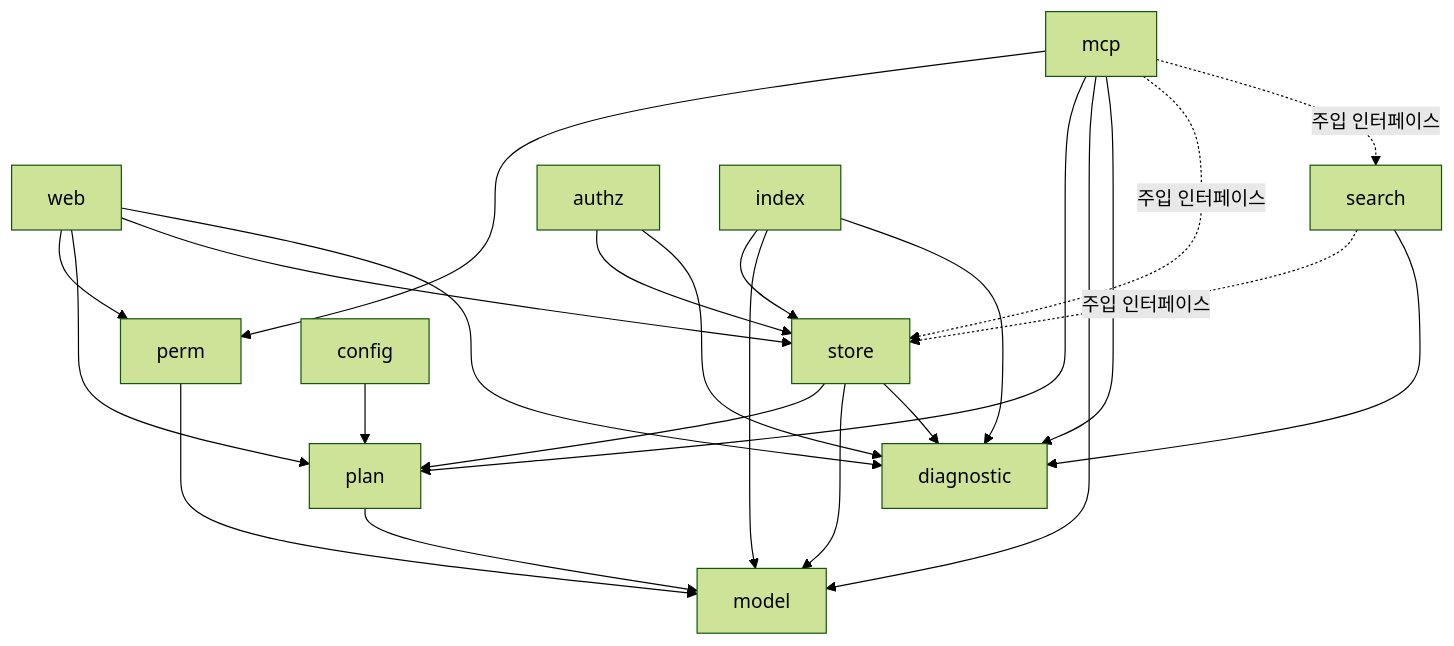
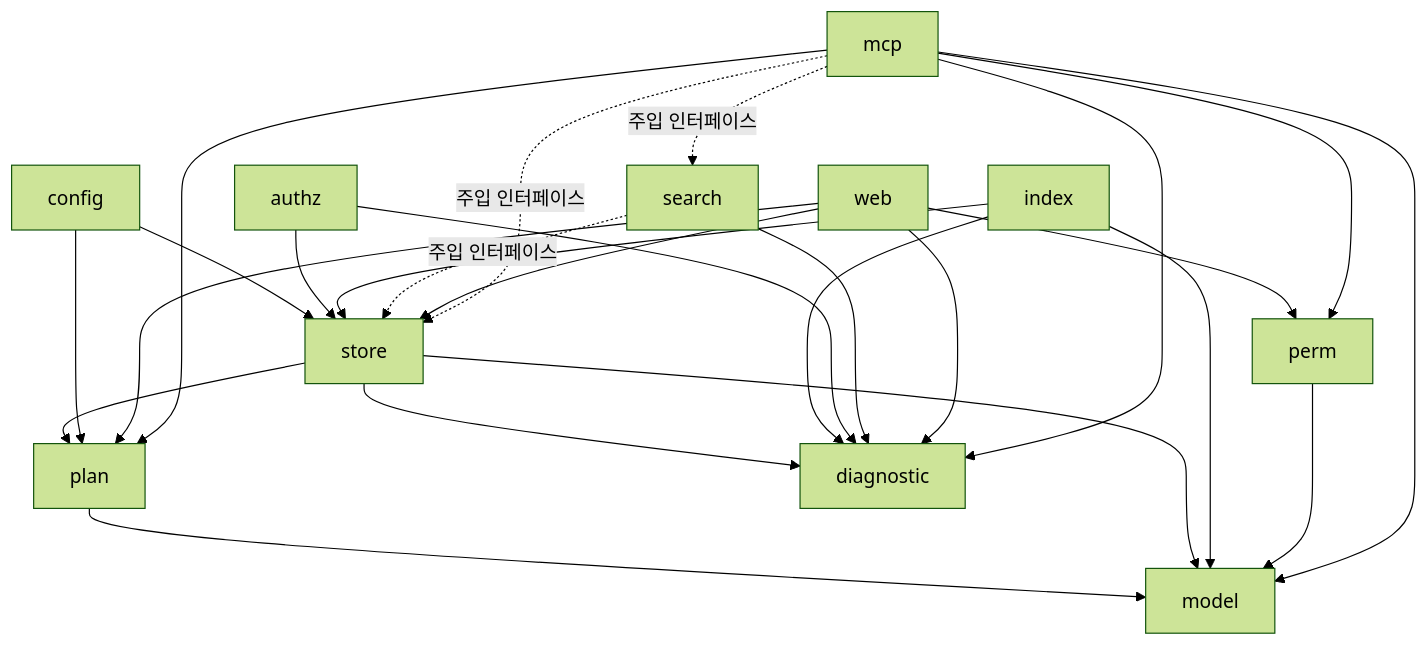
Before and after one commit to Alpha-gone/agent-context-sharing: the second of 2 diagrams in spec/service/agent-context/sdd/architecture.md, drawn with Mermaid (forest theme). The commit also changed other lines of this file and 14 other files, not shown here.

````diff
--- a/spec/service/agent-context/sdd/architecture.md
+++ b/spec/service/agent-context/sdd/architecture.md
@@ -110,37 +112,38 @@
 ```mermaid
 flowchart TB
     Web[web]
     Search[search]
     Perm[perm]
     Authz[authz]
     Index[index]
     Store[store]
     Plan[plan]
     Model[model]
     Config[config]
     Diagnostic[diagnostic]
     MCP[mcp]
     MCP --> Perm
     MCP --> Plan
     MCP --> Model
     MCP --> Diagnostic
     MCP -. 주입 인터페이스 .-> Store
     MCP -. 주입 인터페이스 .-> Search
     Web --> Perm
     Web --> Plan
     Web --> Store
     Search -. 주입 인터페이스 .-> Store
     Perm --> Model
     Index --> Store
     Index --> Model
     Authz --> Store
     Config --> Plan
+    Config --> Store
     Store --> Plan
     Store --> Model
     Plan --> Model
     Web --> Diagnostic
     Search --> Diagnostic
     Authz --> Diagnostic
     Index --> Diagnostic
     Store --> Diagnostic
 ```
````
